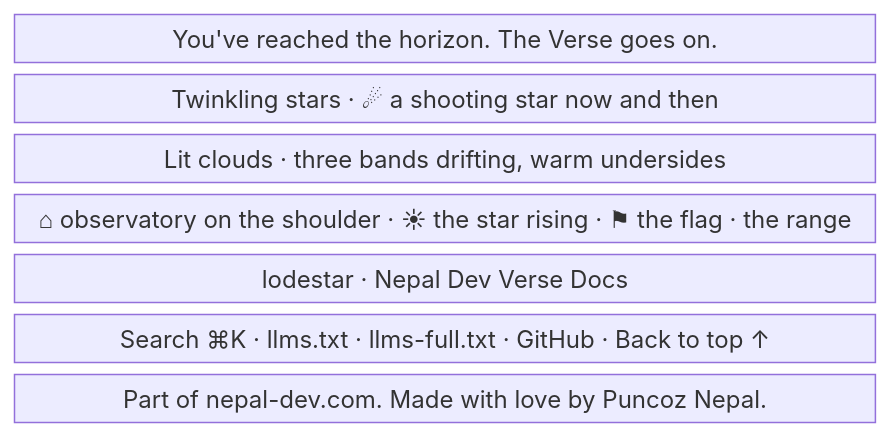
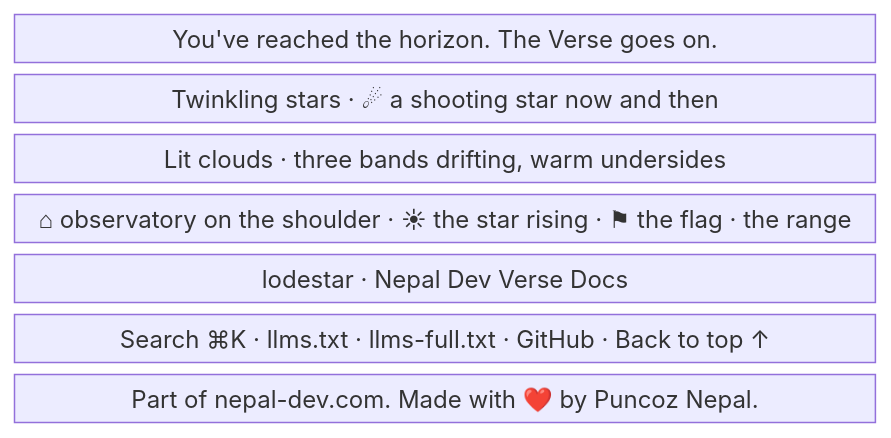
Before and after one commit to nepal-dev-com/docs.nepal-dev.com: the second of 3 diagrams in content/docs/maintain/app-flow/living-horizon.mdx, drawn with Mermaid. The commit also changed 21 other files, not shown here.

````diff
--- a/content/docs/maintain/app-flow/living-horizon.mdx
+++ b/content/docs/maintain/app-flow/living-horizon.mdx
@@ -55,11 +55,11 @@
 ```mermaid
 block-beta
   columns 4
   closing["You've reached the horizon. The Verse goes on."]:4
   stars["Twinkling stars · ☄ a shooting star now and then"]:4
   clouds["Lit clouds · three bands drifting, warm undersides"]:4
   ridge["⌂ observatory on the shoulder · ☀ the star rising · ⚑ the flag · the range"]:4
   planets["lodestar · Nepal Dev Verse Docs"]:4
   links["Search ⌘K · llms.txt · llms-full.txt · GitHub · Back to top ↑"]:4
-  credit["Part of nepal-dev.com. Made with love by Puncoz Nepal."]:4
+  credit["Part of nepal-dev.com. Made with ❤️ by Puncoz Nepal."]:4
 ```
````
